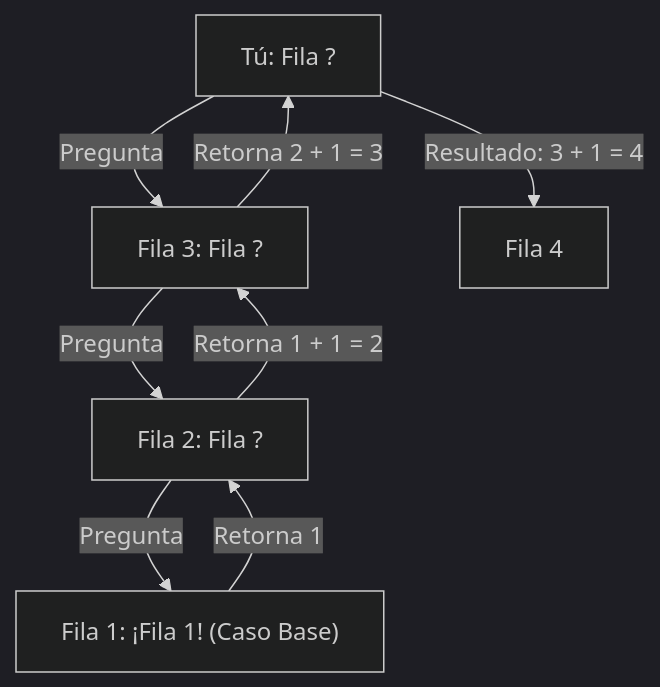
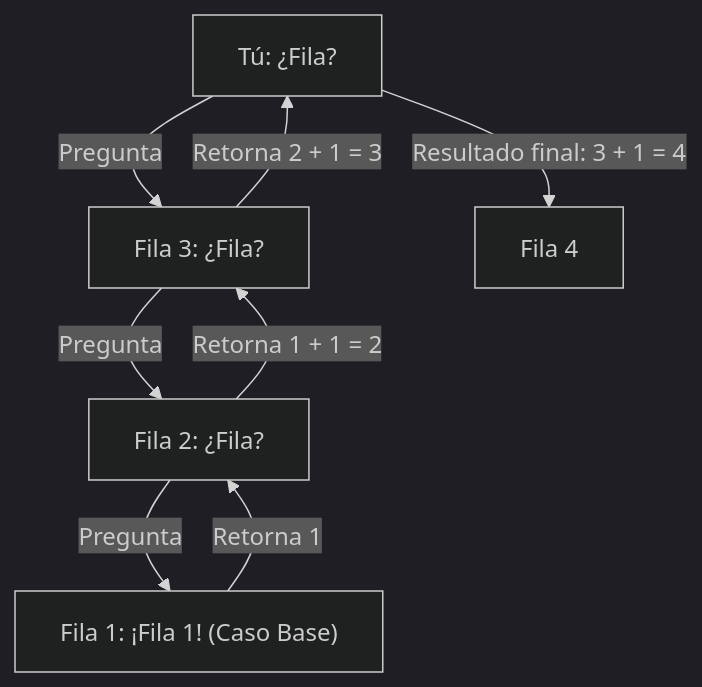
Before and after one commit to MiniLux0/LearningCpp: the first of 2 diagrams in 05_RecursionAlgorithms/theory/L31_ThinkingRecursively.md, drawn with Mermaid (dark theme). The commit also changed other lines of this file and 8 other files, not shown here.

````diff
--- a/05_RecursionAlgorithms/theory/L31_ThinkingRecursively.md
+++ b/05_RecursionAlgorithms/theory/L31_ThinkingRecursively.md
@@ -42,10 +52,10 @@
 ```mermaid
 graph TD
-    A["Tú: Fila ?"] -->|Pregunta| B["Fila 3: Fila ?"]
-    B -->|Pregunta| C["Fila 2: Fila ?"]
+    A["Tú: ¿Fila?"] -->|Pregunta| B["Fila 3: ¿Fila?"]
+    B -->|Pregunta| C["Fila 2: ¿Fila?"]
     C -->|Pregunta| D["Fila 1: ¡Fila 1! (Caso Base)"]
     D -->|Retorna 1| C
     C -->|Retorna 1 + 1 = 2| B
     B -->|Retorna 2 + 1 = 3| A
-    A -->|Resultado: 3 + 1 = 4| E["Fila 4"]
+    A -->|Resultado final: 3 + 1 = 4| E["Fila 4"]
 ```
````
